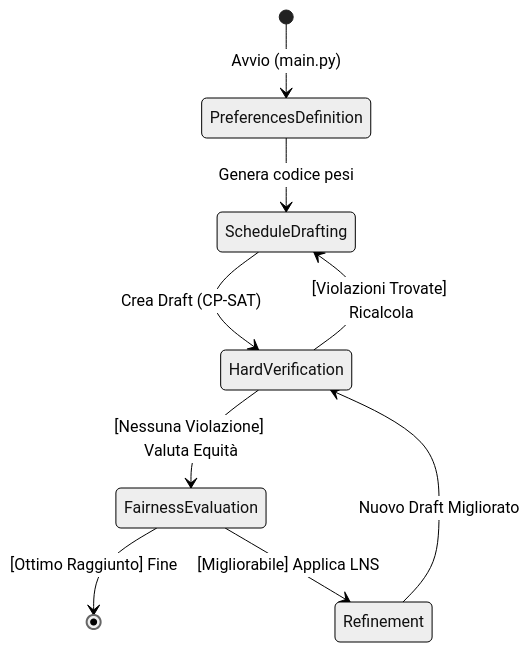
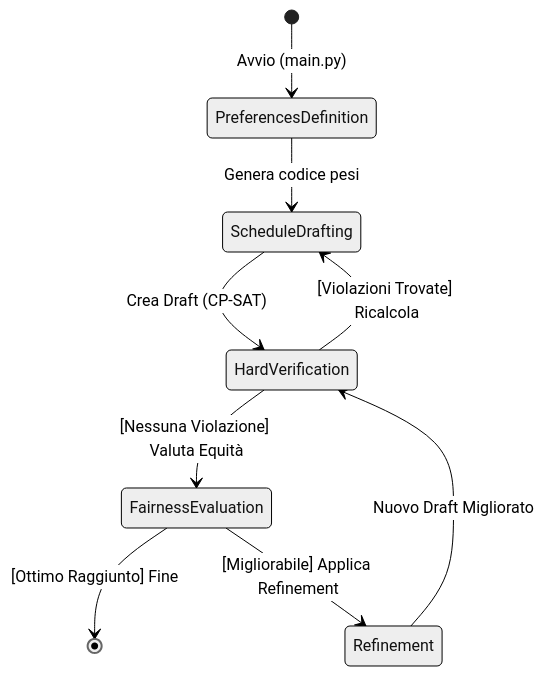
One commit to ett02/Prog_IA changed the second of 3 diagrams in documentazione_progetto/workflow_esecuzione_dettagliato.md. Above: the diagram before and after it, drawn with Mermaid (neutral theme). The commit also changed other lines of this file and 17 other files, not shown here.

````diff
--- a/documentazione_progetto/workflow_esecuzione_dettagliato.md
+++ b/documentazione_progetto/workflow_esecuzione_dettagliato.md
@@ -47,14 +49,14 @@
 ```mermaid
 stateDiagram-v2
     [*] --> PreferencesDefinition : Avvio (main.py)
     PreferencesDefinition --> ScheduleDrafting : Genera codice pesi
     ScheduleDrafting --> HardVerification : Crea Draft (CP-SAT)
     
     HardVerification --> ScheduleDrafting : [Violazioni Trovate] Ricalcola
     HardVerification --> FairnessEvaluation : [Nessuna Violazione] Valuta Equità
     
     FairnessEvaluation --> [*] : [Ottimo Raggiunto] Fine
-    FairnessEvaluation --> Refinement : [Migliorabile] Applica LNS
+    FairnessEvaluation --> Refinement : [Migliorabile] Applica Refinement
     
     Refinement --> HardVerification : Nuovo Draft Migliorato
 ```
````
